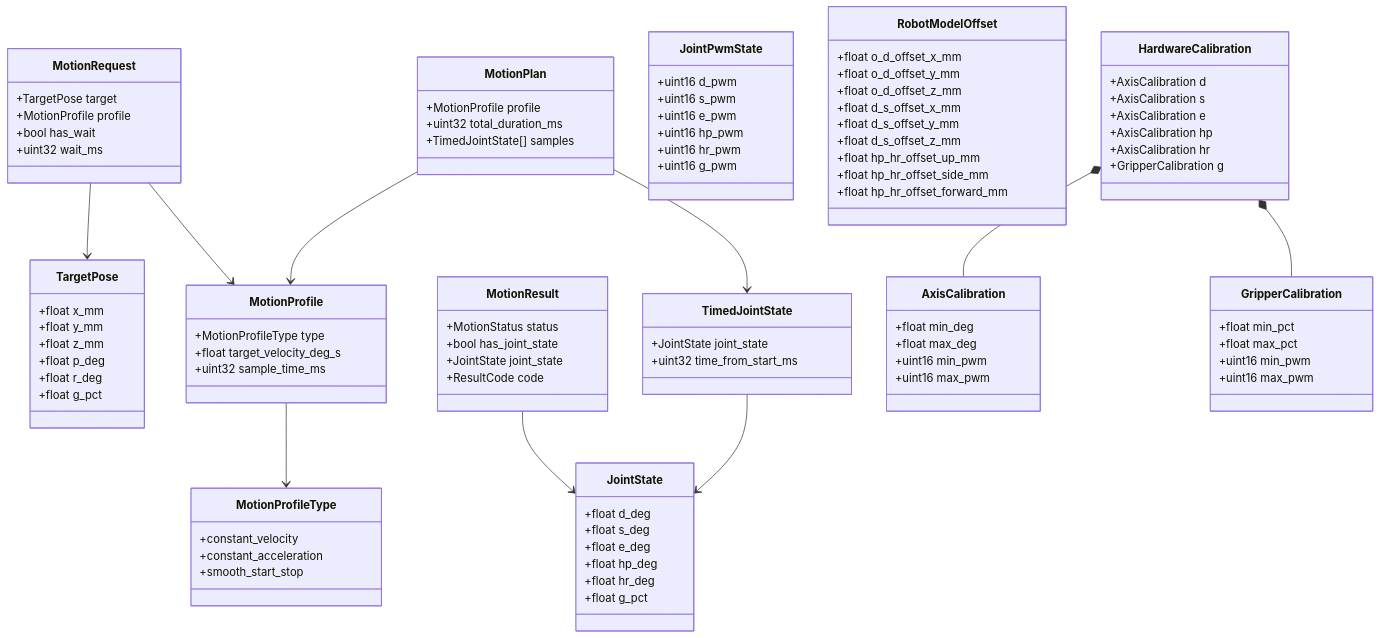
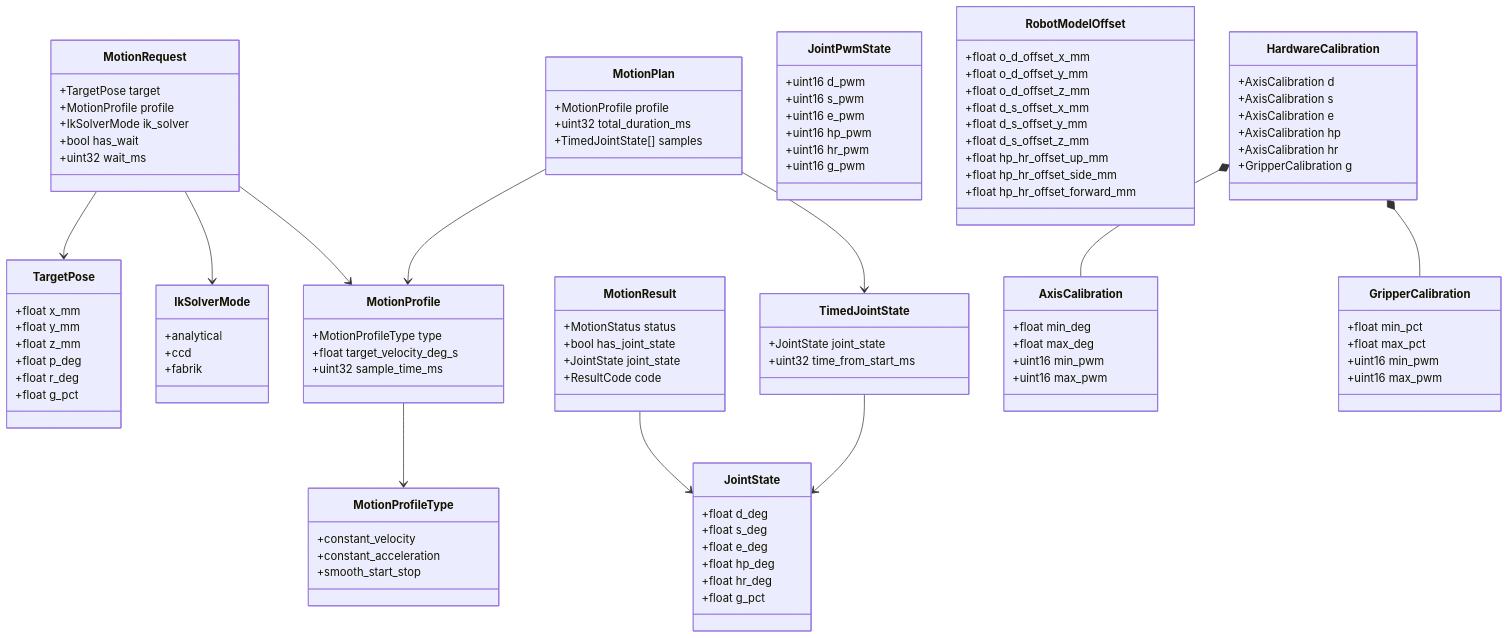
The first of 13 diagrams in doc/sw/software.md (butz1999/inverse_kinematik), drawn with Mermaid before and after one commit. The commit also changed other lines of this file and 20 other files, not shown here.

```diff
--- a/doc/sw/software.md
+++ b/doc/sw/software.md
@@ -250,8 +250,15 @@
     class MotionRequest {
         +TargetPose target
         +MotionProfile profile
+        +IkSolverMode ik_solver
         +bool has_wait
         +uint32 wait_ms
+    }
+
+    class IkSolverMode {
+        +analytical
+        +ccd
+        +fabrik
     }
 
     class MotionResult {
@@ -330,6 +337,7 @@
 
     MotionRequest --> TargetPose
     MotionRequest --> MotionProfile
+    MotionRequest --> IkSolverMode
     MotionProfile --> MotionProfileType
     MotionResult --> JointState
     MotionPlan --> MotionProfile
```
